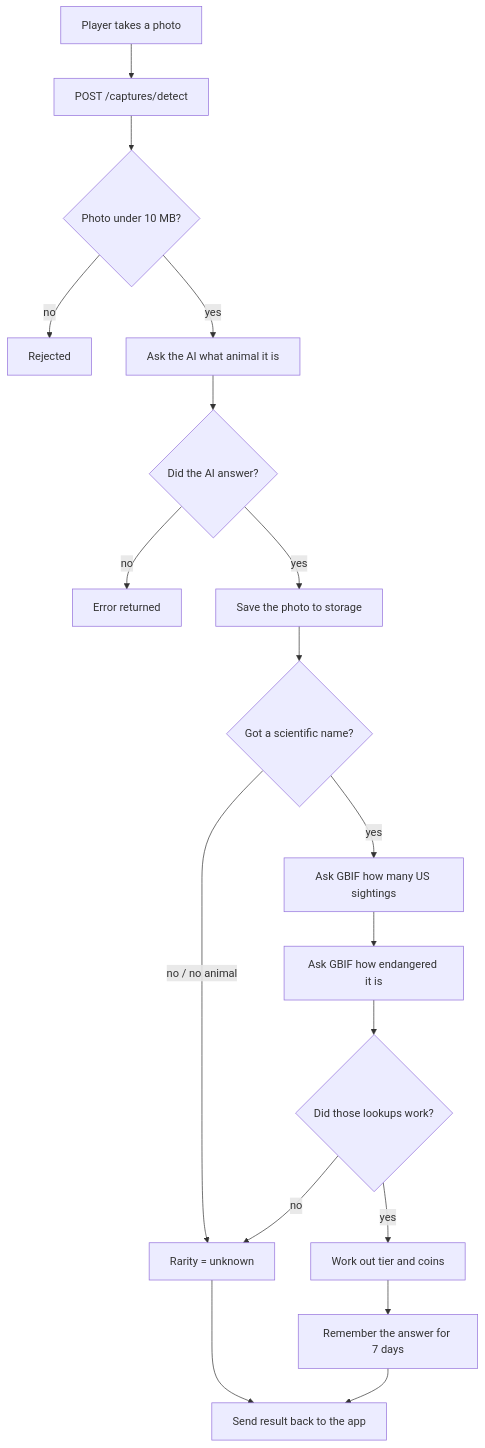
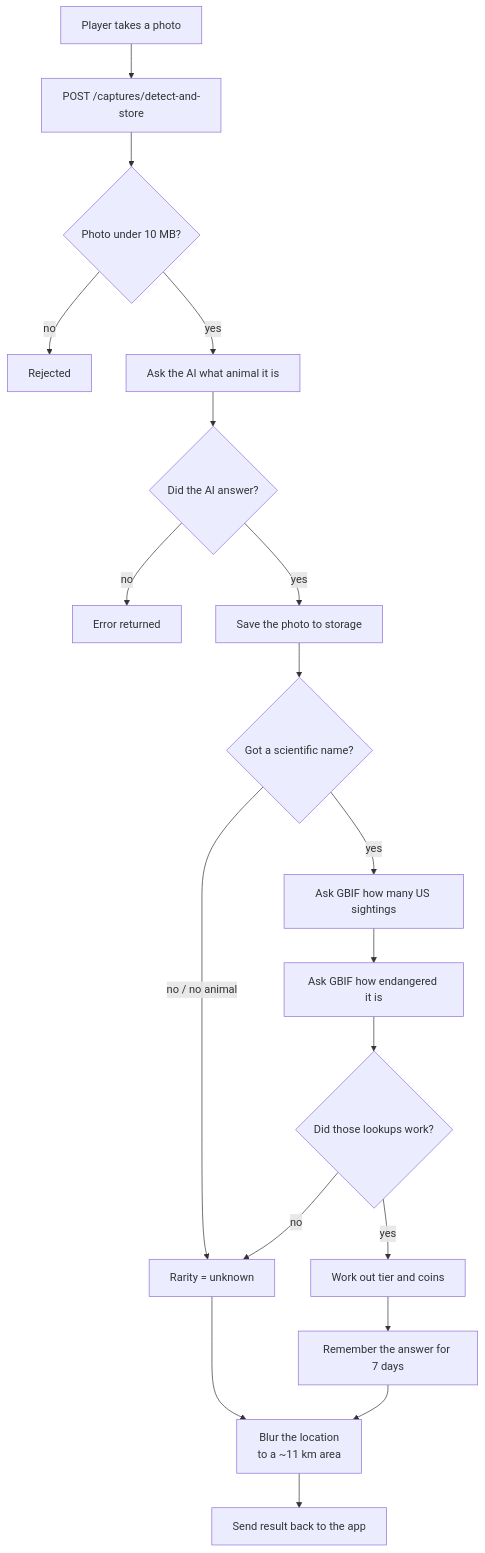
One commit to Daominh09/animalgo changed the diagram in backend/docs/capture-flow.md. Above: the diagram before and after it, drawn with Mermaid. The commit also changed other lines of this file and 4 other files, not shown here.

````diff
--- a/backend/docs/capture-flow.md
+++ b/backend/docs/capture-flow.md
@@ -19,24 +20,27 @@
 ```mermaid
 flowchart TD
-    A["Player takes a photo"] --> B["POST /captures/detect"]
+    A["Player takes a photo"] --> B["POST /captures/detect-and-store"]
     B --> C{"Photo under 10 MB?"}
     C -- "no" --> C1["Rejected"]
     C -- "yes" --> D["Ask the AI what animal it is"]
 
     D --> E{"Did the AI answer?"}
     E -- "no" --> E1["Error returned"]
     E -- "yes" --> F["Save the photo to storage"]
 
     F --> G{"Got a scientific name?"}
     G -- "no / no animal" --> Z["Rarity = unknown"]
     G -- "yes" --> H["Ask GBIF how many US sightings"]
 
     H --> I["Ask GBIF how endangered it is"]
     I --> J{"Did those lookups work?"}
     J -- "no" --> Z
     J -- "yes" --> K["Work out tier and coins"]
 
     K --> L["Remember the answer for 7 days"]
-    L --> M["Send result back to the app"]
-    Z --> M
+    L --> Q
+    Z --> Q
+
+    Q["Blur the location<br/>to a ~11 km area"]
+    Q --> M["Send result back to the app"]
 ```
````
